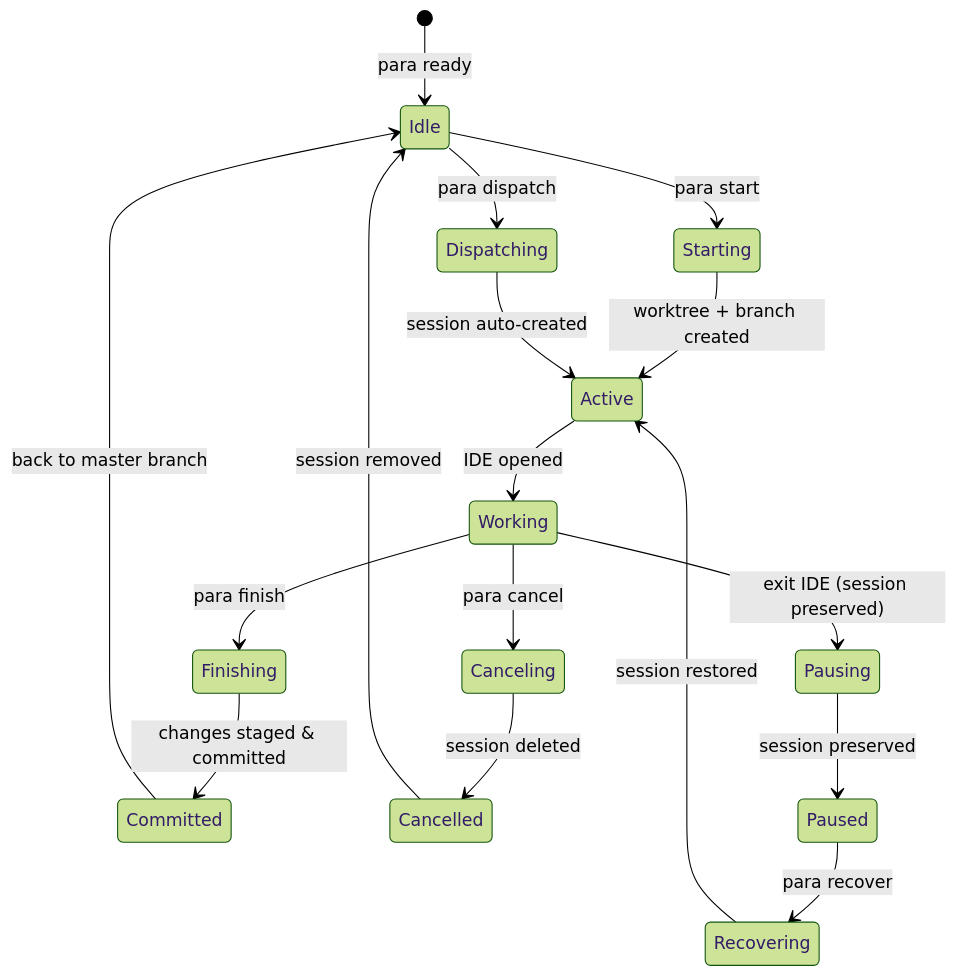
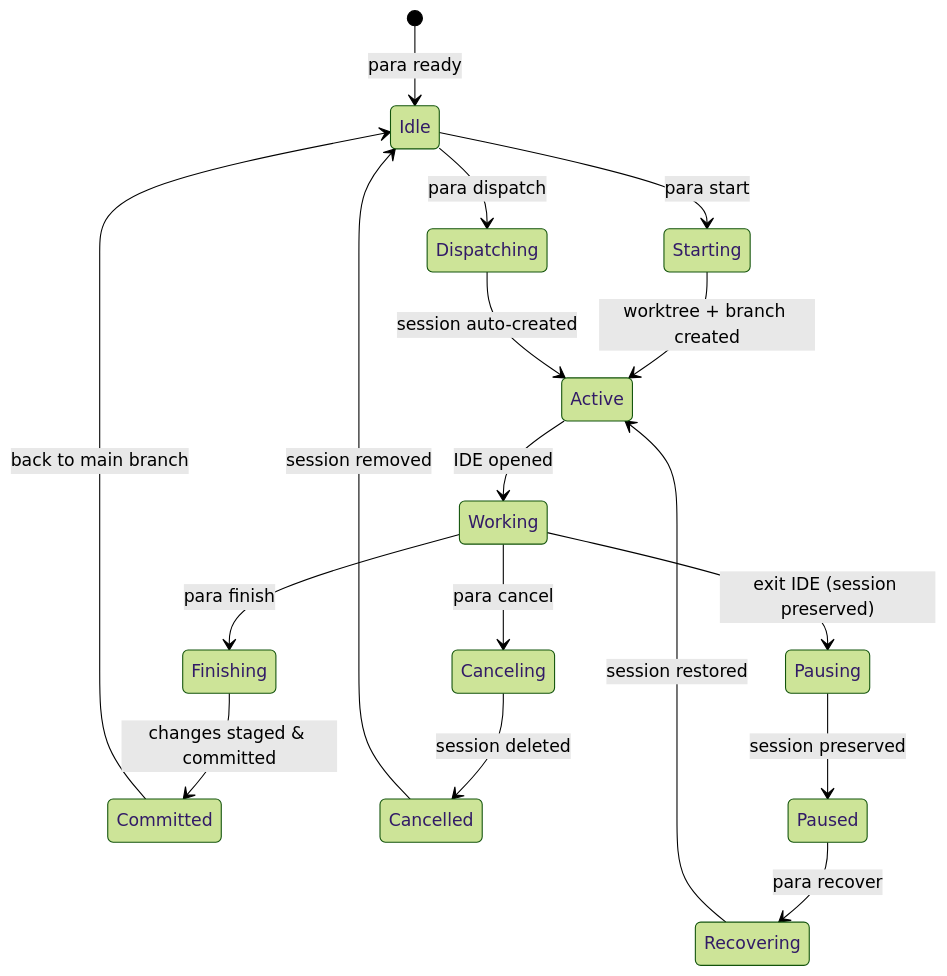
One commit to 2mawi2/para changed the first of 6 diagrams in docs/WORKFLOW.md. Above: the diagram before and after it, drawn with Mermaid (forest theme). The commit also changed other lines of this file and 66 other files, not shown here.

````diff
--- a/docs/WORKFLOW.md
+++ b/docs/WORKFLOW.md
@@ -7,25 +7,25 @@
 ```mermaid
 stateDiagram-v2
     [*] --> Idle: para ready
     
     Idle --> Starting: para start <session-name>
     Idle --> Dispatching: para dispatch <prompt>
     
     Starting --> Active: worktree + branch created
     Dispatching --> Active: session auto-created
     Active --> Working: IDE opened
     
     Working --> Finishing: para finish <message>
     Working --> Canceling: para cancel
     Working --> Pausing: exit IDE (session preserved)
     
     Finishing --> Committed: changes staged & committed
     Canceling --> Cancelled: session deleted
     Pausing --> Paused: session preserved
     
-    Committed --> Idle: back to master branch
+    Committed --> Idle: back to main branch
     Cancelled --> Idle: session removed
     Paused --> Recovering: para recover <session-name>
     
     Recovering --> Active: session restored
 ```
````
